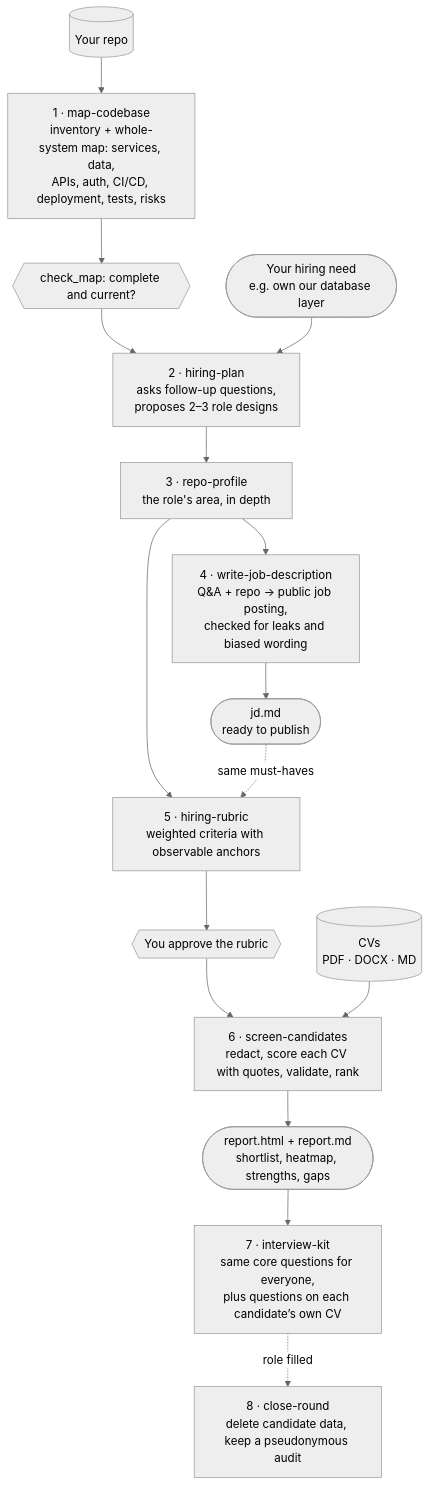
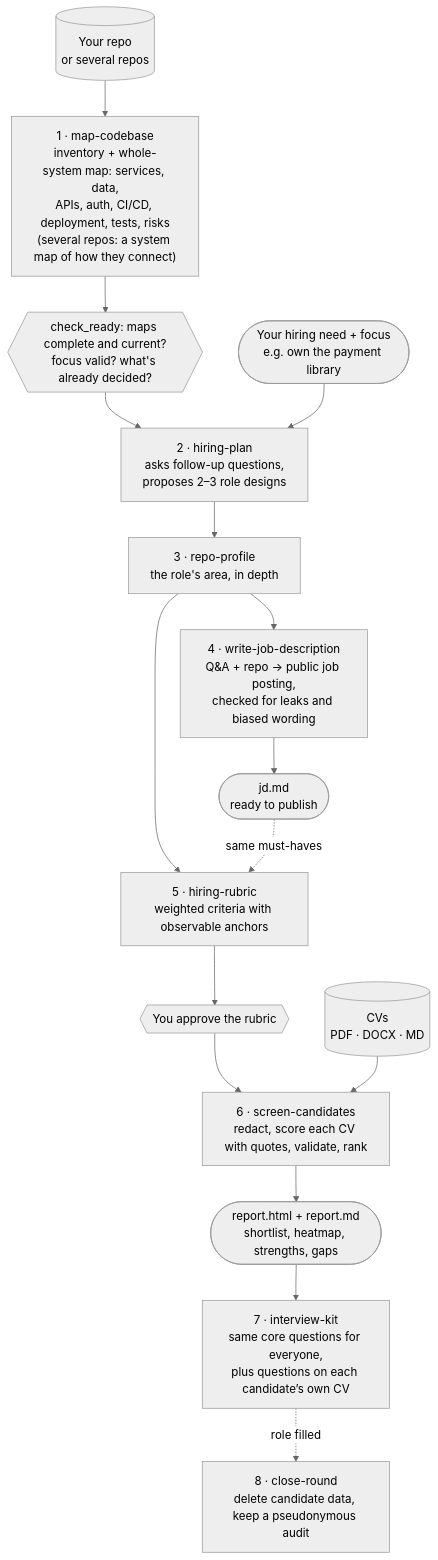
The diagram in docs/assets/how-it-works.mmd (shikhar58/repo-aware-hiring), drawn with Mermaid (neutral theme) before and after one commit. The commit also changed 78 other files, not shown here.

First line of the commit message:
Add multi-repo workspaces, focus prompt and planning checkpoints (v0.9.0)

```diff
--- a/docs/assets/how-it-works.mmd
+++ b/docs/assets/how-it-works.mmd
@@ -1,16 +1,16 @@
 flowchart TB
-    repo[("Your repo")] --> map["1 · map-codebase<br/>inventory + whole-system map: services, data,<br/>APIs, auth, CI/CD, deployment, tests, risks"]
-    map --> gate{{"check_map: complete and current?"}}
+    repo[("Your repo<br/>or several repos")] --> map["1 · map-codebase<br/>inventory + whole-system map: services, data,<br/>APIs, auth, CI/CD, deployment, tests, risks<br/>(several repos: a system map of how they connect)"]
+    map --> gate{{"check_ready: maps complete and current?<br/>focus valid? what's already decided?"}}
     gate --> plan["2 · hiring-plan<br/>asks follow-up questions,<br/>proposes 2–3 role designs"]
-    need(["Your hiring need<br/>e.g. own our database layer"]) --> plan
+    need(["Your hiring need + focus<br/>e.g. own the payment library"]) --> plan
     plan --> profile["3 · repo-profile<br/>the role's area, in depth"]
     profile --> jdw["4 · write-job-description<br/>Q&A + repo → public job posting,<br/>checked for leaks and biased wording"]
     jdw --> post(["jd.md<br/>ready to publish"])
     profile --> rubric["5 · hiring-rubric<br/>weighted criteria with observable anchors"]
     post -. same must-haves .-> rubric
     rubric --> approve{{"You approve the rubric"}}
     approve --> screen["6 · screen-candidates<br/>redact, score each CV with quotes, validate, rank"]
     cvs[("CVs<br/>PDF · DOCX · MD")] --> screen
     screen --> report(["report.html + report.md<br/>shortlist, heatmap, strengths, gaps"])
     report --> kit["7 · interview-kit<br/>same core questions for everyone,<br/>plus questions on each candidate’s own CV"]
     kit -.->|role filled| close["8 · close-round<br/>delete candidate data, keep a pseudonymous audit"]
```
